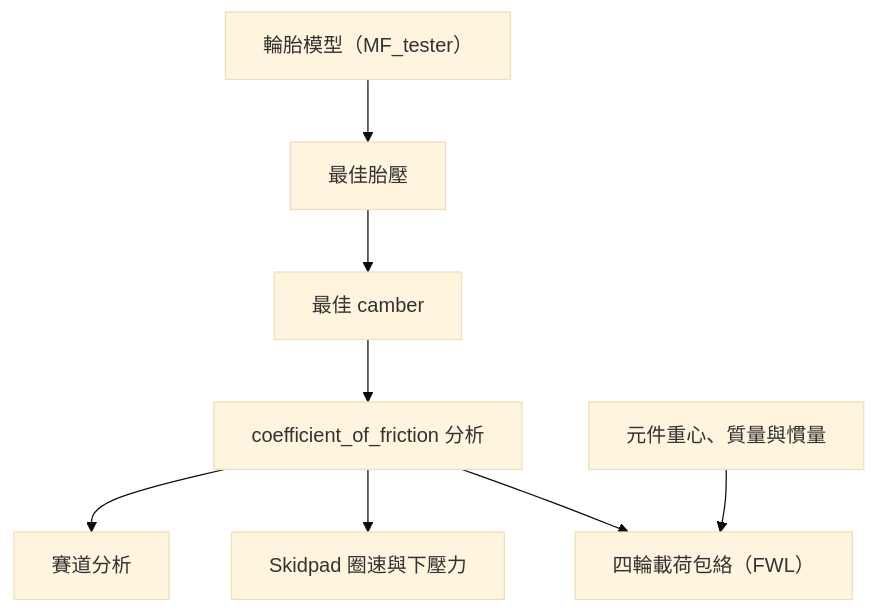
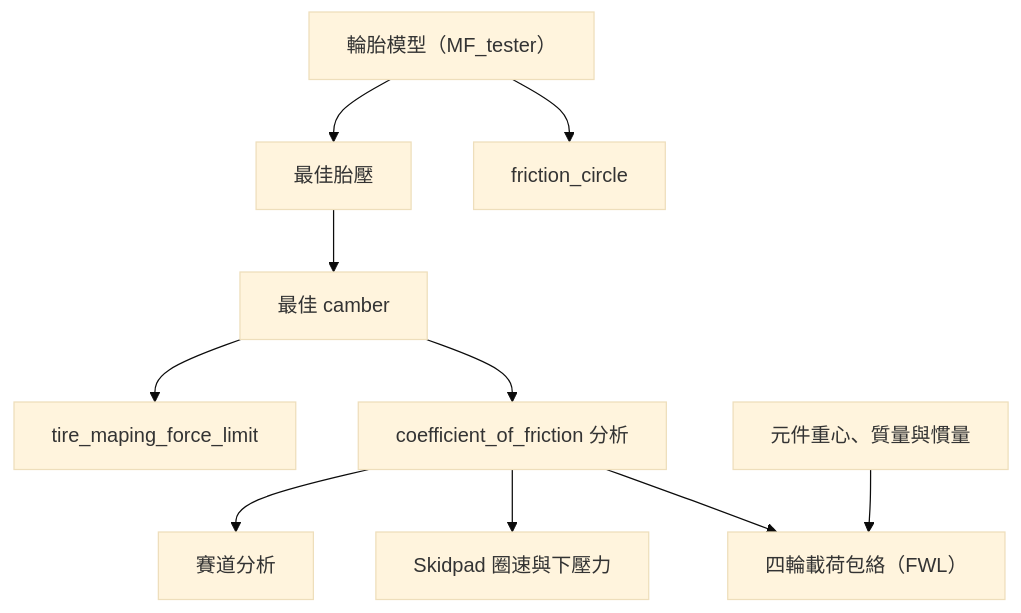
Before and after one commit to DannyHsuC10/Parametric-design: the diagram in analysis/tire_analysis/README.md, drawn with Mermaid (base theme). The commit also changed other lines of this file and 43 other files, not shown here.

Commit message:
friction circle

````diff
--- a/analysis/tire_analysis/README.md
+++ b/analysis/tire_analysis/README.md
@@ -5,10 +5,12 @@
 ```mermaid
 graph TD
     tire_model["輪胎模型（MF_tester）"] --> tire_pressure["最佳胎壓"]
+    tire_model --> friction_circle["friction_circle"]
     tire_pressure --> tire_camber["最佳 camber"]
+    tire_camber --> tire_maping_force_limit["tire_maping_force_limit"]
     tire_camber --> coefficient_of_friction["coefficient_of_friction 分析"]
     coefficient_of_friction --> track_analysis["賽道分析"]
     coefficient_of_friction --> skidpad_test["Skidpad 圈速與下壓力"]
     coefficient_of_friction --> FWL["四輪載荷包絡（FWL）"]
     cog_movable["元件重心、質量與慣量"] --> FWL
 ```
````
